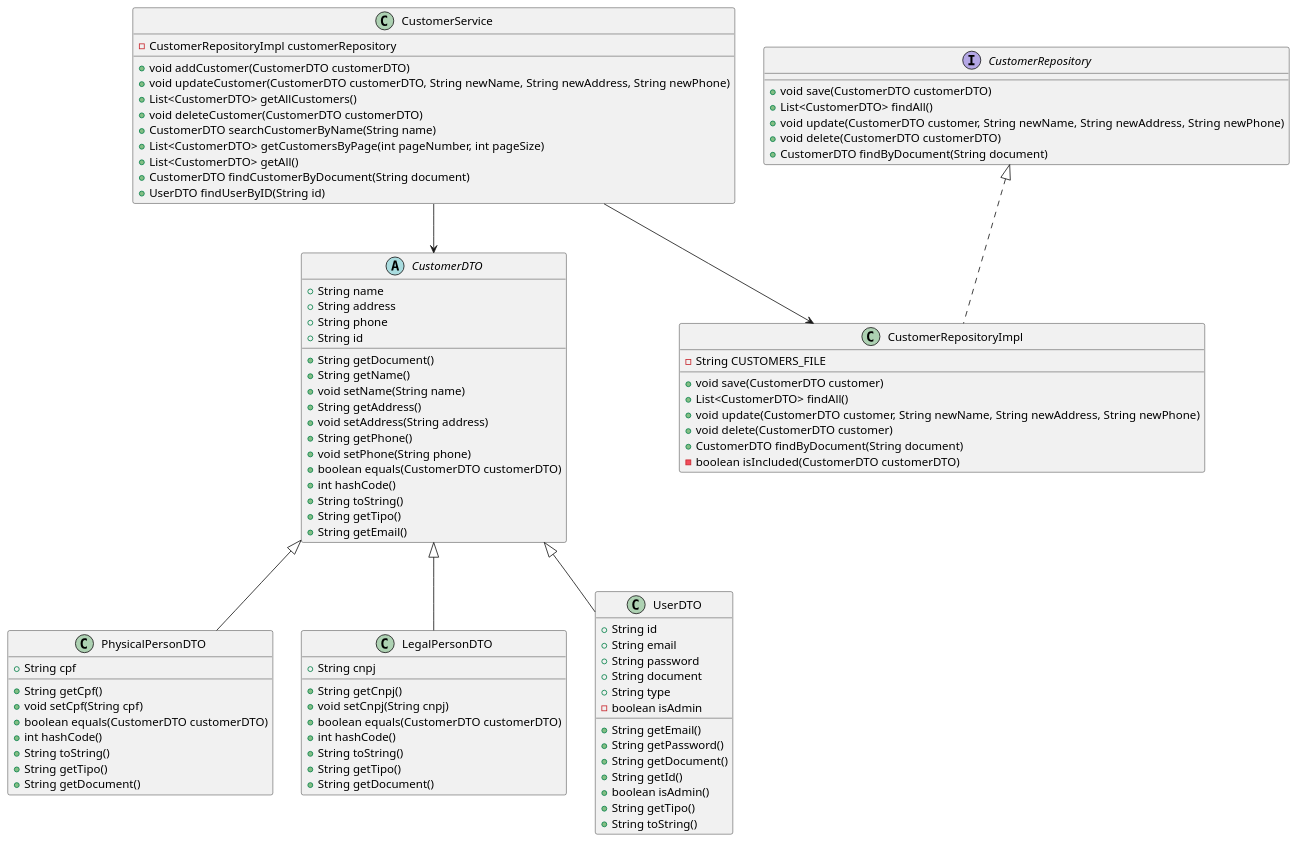
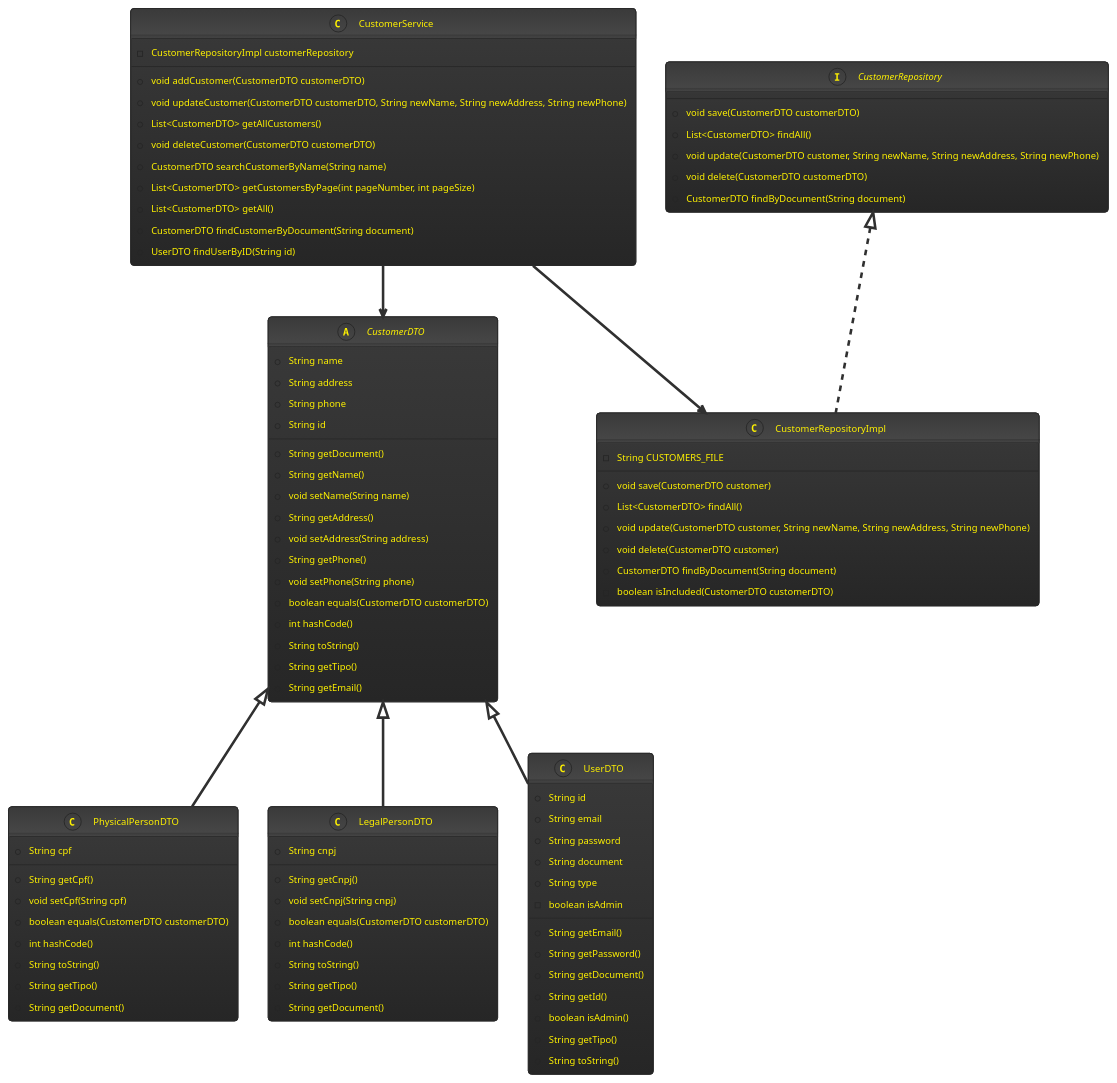
The diagram in infos/Diagrams/Clientes.puml (Team-1-Santander-Coders/LocadoraTeam1), drawn with PlantUML before and after one commit. The commit also changed 19 other files, not shown here.

```diff
--- a/infos/Diagrams/Clientes.puml
+++ b/infos/Diagrams/Clientes.puml
@@ -1,96 +1,97 @@
 @startuml
+!theme black-knight
 abstract class CustomerDTO {
     +String name
     +String address
     +String phone
     +String id
     +String getDocument()
     +String getName()
     +void setName(String name)
     +String getAddress()
     +void setAddress(String address)
     +String getPhone()
     +void setPhone(String phone)
     +boolean equals(CustomerDTO customerDTO)
     +int hashCode()
     +String toString()
     +String getTipo()
     +String getEmail()
 }
 
 class PhysicalPersonDTO {
     +String cpf
     +String getCpf()
     +void setCpf(String cpf)
     +boolean equals(CustomerDTO customerDTO)
     +int hashCode()
     +String toString()
     +String getTipo()
     +String getDocument()
 }
 
 class LegalPersonDTO {
     +String cnpj
     +String getCnpj()
     +void setCnpj(String cnpj)
     +boolean equals(CustomerDTO customerDTO)
     +int hashCode()
     +String toString()
     +String getTipo()
     +String getDocument()
 }
 
 class UserDTO {
     +String id
     +String email
     +String password
     +String document
     +String type
     -boolean isAdmin
     +String getEmail()
     +String getPassword()
     +String getDocument()
     +String getId()
     +boolean isAdmin()
     +String getTipo()
     +String toString()
 }
 
 interface CustomerRepository {
     +void save(CustomerDTO customerDTO)
     +List<CustomerDTO> findAll()
     +void update(CustomerDTO customer, String newName, String newAddress, String newPhone)
     +void delete(CustomerDTO customerDTO)
     +CustomerDTO findByDocument(String document)
 }
 
 class CustomerRepositoryImpl {
     -String CUSTOMERS_FILE
     +void save(CustomerDTO customer)
     +List<CustomerDTO> findAll()
     +void update(CustomerDTO customer, String newName, String newAddress, String newPhone)
     +void delete(CustomerDTO customer)
     +CustomerDTO findByDocument(String document)
     -boolean isIncluded(CustomerDTO customerDTO)
 }
 
 class CustomerService {
     -CustomerRepositoryImpl customerRepository
     +void addCustomer(CustomerDTO customerDTO)
     +void updateCustomer(CustomerDTO customerDTO, String newName, String newAddress, String newPhone)
     +List<CustomerDTO> getAllCustomers()
     +void deleteCustomer(CustomerDTO customerDTO)
     +CustomerDTO searchCustomerByName(String name)
     +List<CustomerDTO> getCustomersByPage(int pageNumber, int pageSize)
     +List<CustomerDTO> getAll()
     +CustomerDTO findCustomerByDocument(String document)
     +UserDTO findUserByID(String id)
 }
 
 CustomerDTO <|-- PhysicalPersonDTO
 CustomerDTO <|-- LegalPersonDTO
 CustomerDTO <|-- UserDTO
 CustomerService --> CustomerDTO
 CustomerRepository <|.. CustomerRepositoryImpl
 CustomerService --> CustomerRepositoryImpl
 @enduml
```
